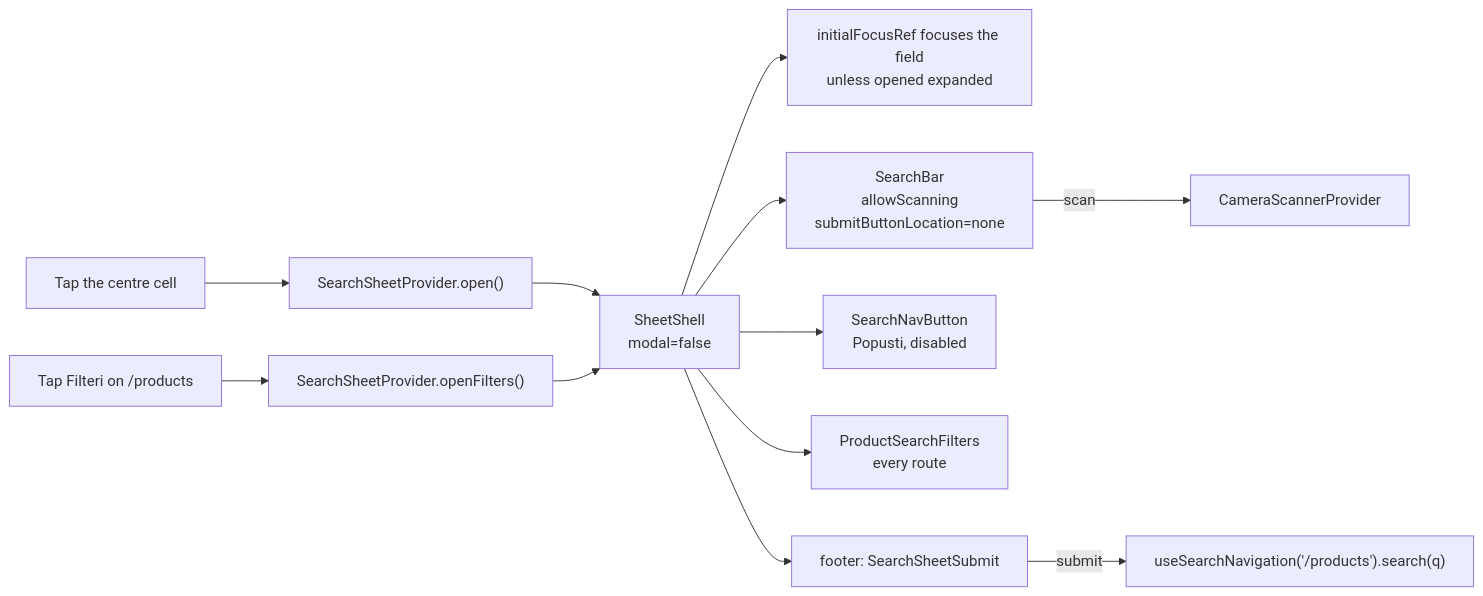
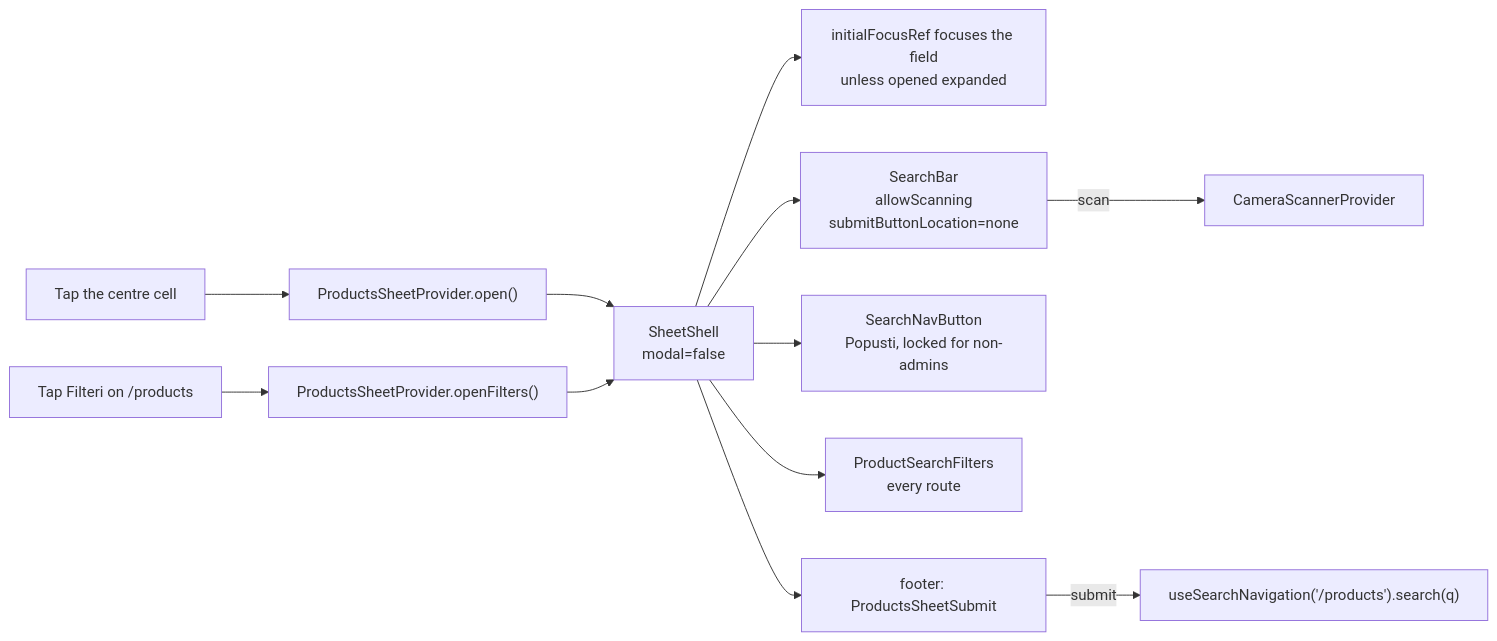
The third of 5 diagrams in docs/MOBILE-NAV.md (OffCrazyFreak/Disscount), drawn with Mermaid before and after one commit. The commit also changed other lines of this file and 2 other files, not shown here.

````diff
--- a/docs/MOBILE-NAV.md
+++ b/docs/MOBILE-NAV.md
@@ -240,14 +240,14 @@
 ```mermaid
 flowchart LR
-    tap["Tap the centre cell"] --> open["SearchSheetProvider.open()"]
-    filteri["Tap Filteri on /products"] --> openf["SearchSheetProvider.openFilters()"]
+    tap["Tap the centre cell"] --> open["ProductsSheetProvider.open()"]
+    filteri["Tap Filteri on /products"] --> openf["ProductsSheetProvider.openFilters()"]
     open --> shell["SheetShell<br/>modal=false"]
     openf --> shell
     shell --> focus["initialFocusRef focuses the field<br/>unless opened expanded"]
     shell --> bar["SearchBar<br/>allowScanning<br/>submitButtonLocation=none"]
-    shell --> nav2["SearchNavButton<br/>Popusti, disabled"]
+    shell --> nav2["SearchNavButton<br/>Popusti, locked for non-admins"]
     shell --> filters["ProductSearchFilters<br/>every route"]
-    shell --> submit["footer: SearchSheetSubmit"]
+    shell --> submit["footer: ProductsSheetSubmit"]
     submit -->|submit| go["useSearchNavigation('/products').search(q)"]
     bar -->|scan| scanner["CameraScannerProvider"]
 ```
````
